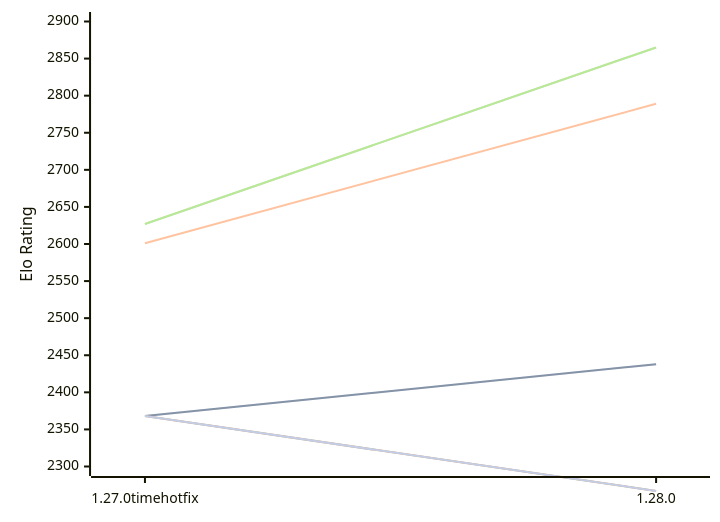
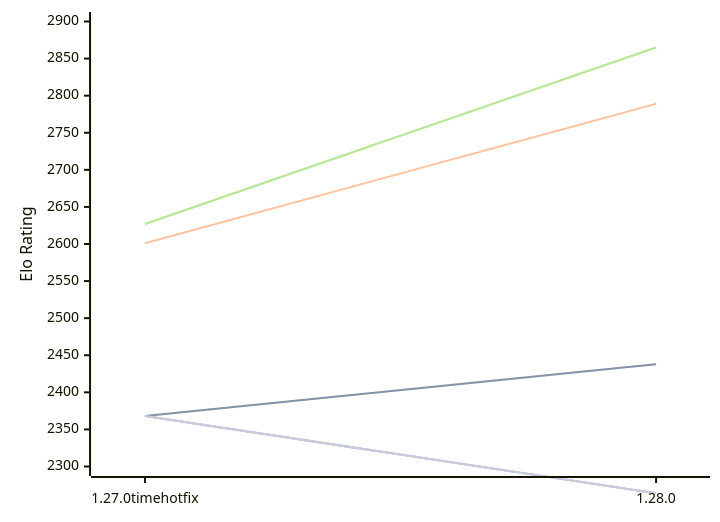
One commit to computer-chess-index/cci changed the diagram in engines/Aurora.md. Above: the diagram before and after it, drawn with Mermaid. The commit also changed other lines of this file, not shown here.

````diff
--- a/engines/Aurora.md
+++ b/engines/Aurora.md
@@ -48,13 +48,13 @@
 ```mermaid
 %%{init: {"theme":"base","themeVariables":{"seriesColors:['#a3a3a3','#222221','#faa371']}}}%%
 xychart-beta
   x-axis ["1.27.0timehotfix", "1.28.0"]
   y-axis "Elo Rating" 2300 --> 2900
   line "" [2368, 2438]
   line "T1: STC (8.0+0.08s)" [2368, 2438]
   line "T1: LTC (60.0+0.60s)" [2601, 2789]
   line "" [2627, 2865]
   line "T1: VLTC (2m24s+1.12s)" [2627, 2865]
-  line "" [2368,2267]
-  line "E1: STC (8.0+0.08s)" [2368,2267]
+  line "" [2368,2264]
+  line "E1: STC (8.0+0.08s)" [2368,2264]
 ```
````
